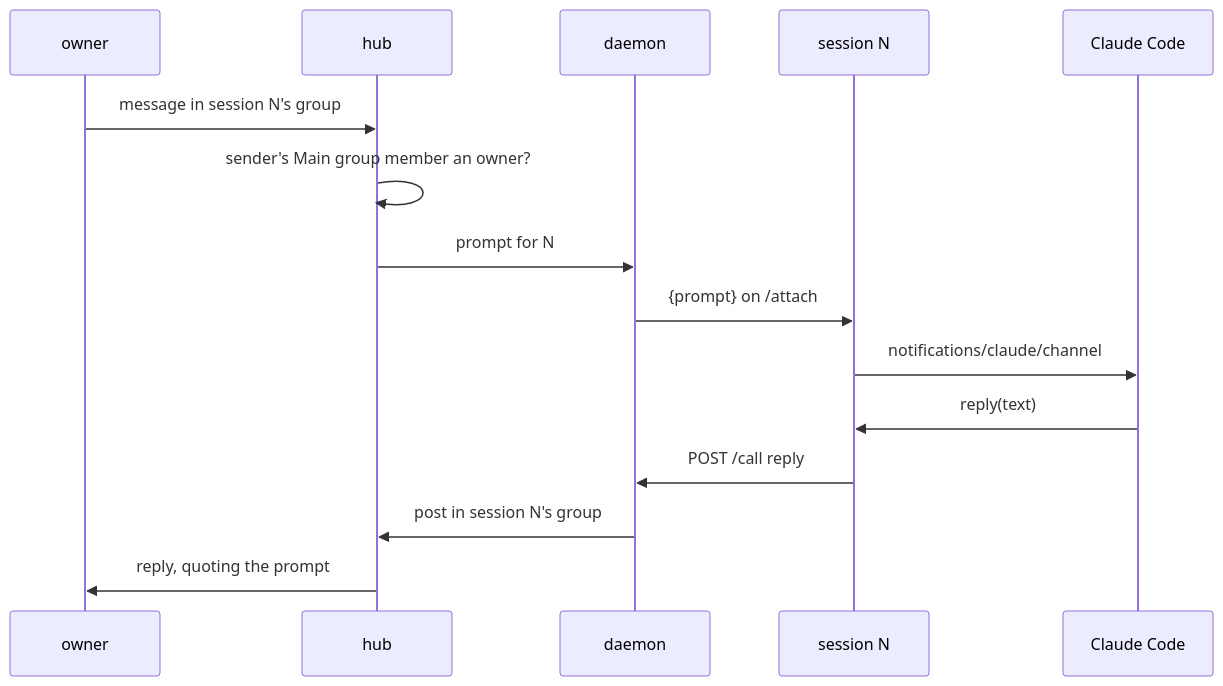
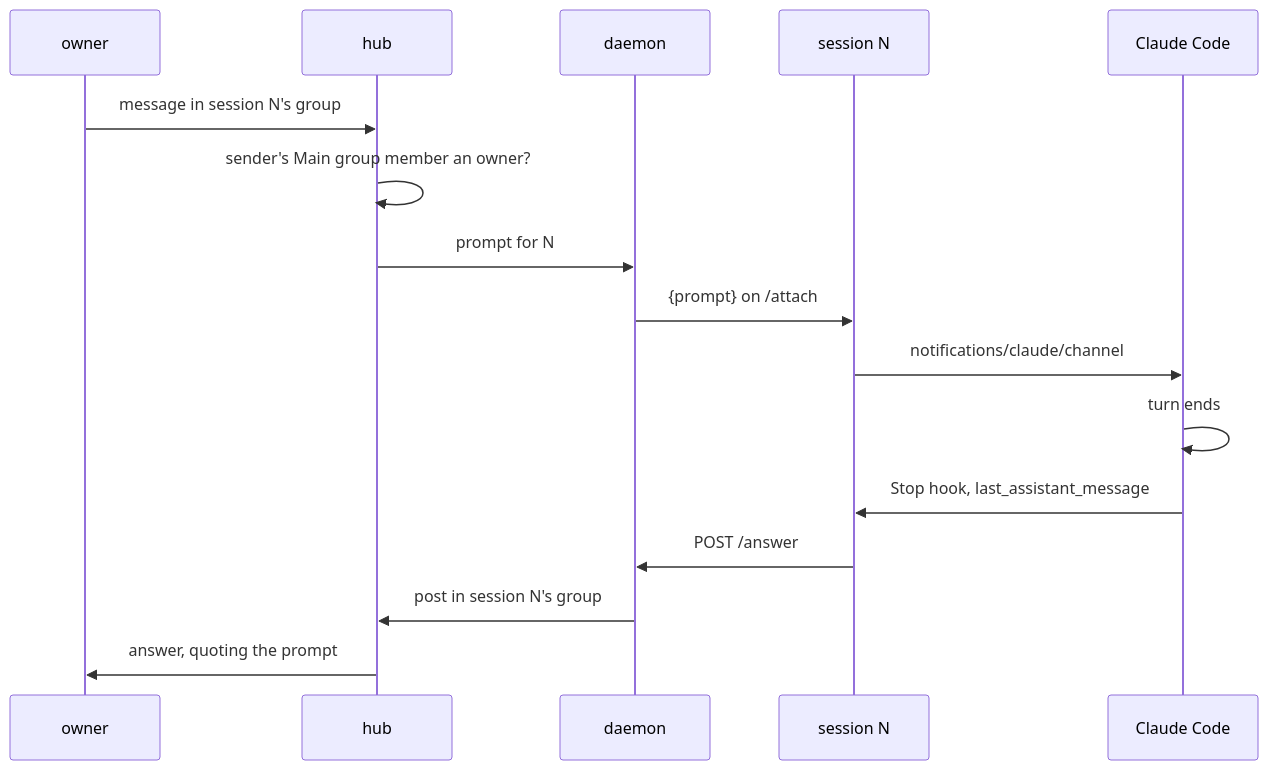
The third of 5 diagrams in plans/2026-11-07-mcp-claude-code-channel.md (simplex-chat/simplex-chat), drawn with Mermaid before and after one commit. The commit also changed other lines of this file, not shown here.

````diff
--- a/plans/2026-11-07-mcp-claude-code-channel.md
+++ b/plans/2026-11-07-mcp-claude-code-channel.md
@@ -176,17 +207,18 @@
 ```mermaid
 sequenceDiagram
   participant O as owner
   participant H as hub
   participant D as daemon
   participant S as session N
   participant C as Claude Code
   O->>H: message in session N's group
   H->>H: sender's Main group member an owner?
   H->>D: prompt for N
   D->>S: {prompt} on /attach
   S->>C: notifications/claude/channel
-  C->>S: reply(text)
-  S->>D: POST /call reply
+  C->>C: turn ends
+  C->>S: Stop hook, last_assistant_message
+  S->>D: POST /answer
   D->>H: post in session N's group
-  H->>O: reply, quoting the prompt
+  H->>O: answer, quoting the prompt
 ```
````
